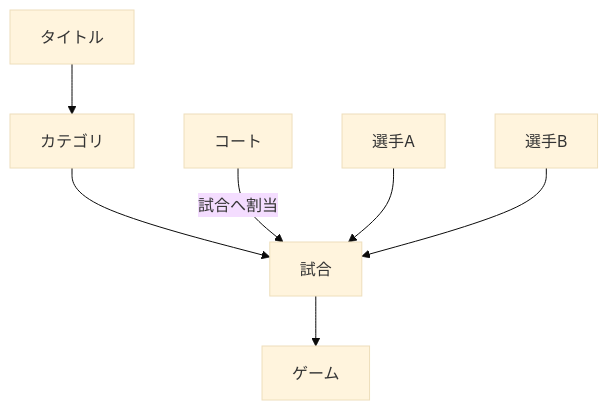
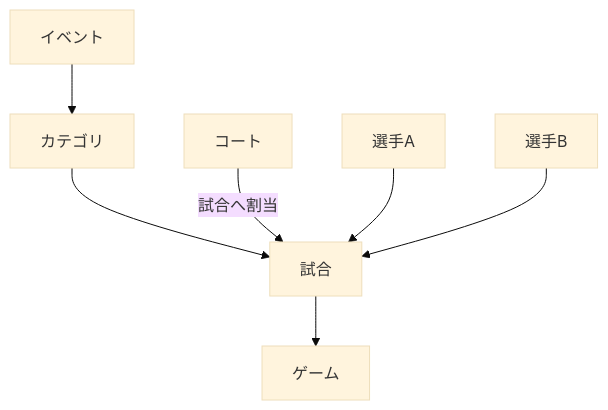
One commit to Miraisosha/S-NICK-Platform changed the first of 11 diagrams in docs/03_service-domain-plan.md. Above: the diagram before and after it, drawn with Mermaid (base theme). The commit also changed other lines of this file and 33 other files, not shown here.

````diff
--- a/docs/03_service-domain-plan.md
+++ b/docs/03_service-domain-plan.md
@@ -19,9 +19,9 @@
 ```mermaid
 flowchart TD
-    Title["タイトル"] --> Category["カテゴリ"]
+    Event["イベント"] --> Category["カテゴリ"]
     Category --> Match["試合"]
     Match --> Game["ゲーム"]
     Court["コート"] -->|試合へ割当| Match
     PlayerA["選手A"] --> Match
     PlayerB["選手B"] --> Match
 ```
````
